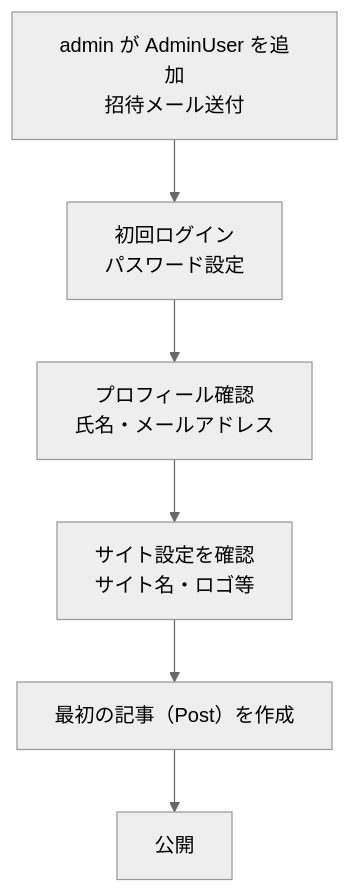
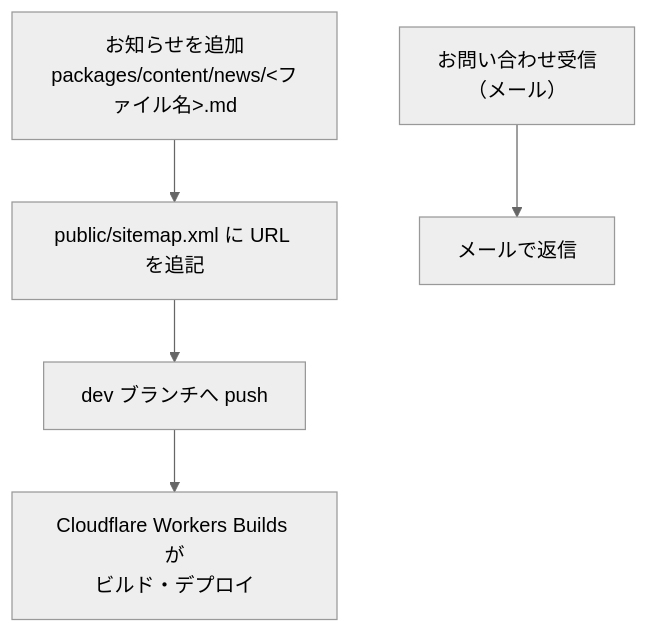
The second of 3 diagrams in docs/2-product/04-ui-ux-design.md (team-natural/natural-corporate), drawn with Mermaid (neutral theme) before and after one commit. The commit also changed other lines of this file and 25 other files, not shown here.

````diff
--- a/docs/2-product/04-ui-ux-design.md
+++ b/docs/2-product/04-ui-ux-design.md
@@ -61,8 +97,7 @@
 ```mermaid
 flowchart TD
-    A[admin が AdminUser を追加<br/>招待メール送付] --> B[初回ログイン<br/>パスワード設定]
-    B --> C[プロフィール確認<br/>氏名・メールアドレス]
-    C --> D[サイト設定を確認<br/>サイト名・ロゴ等]
-    D --> E[最初の記事（Post）を作成]
-    E --> F[公開]
+    A["お知らせを追加<br/>packages/content/news/&lt;ファイル名&gt;.md"] --> B["public/sitemap.xml に URL を追記"]
+    B --> C["dev ブランチへ push"]
+    C --> D["Cloudflare Workers Builds が<br/>ビルド・デプロイ"]
+    E["お問い合わせ受信<br/>（メール）"] --> F["メールで返信"]
 ```
````
